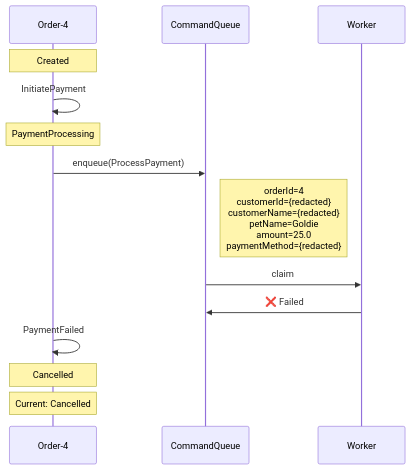
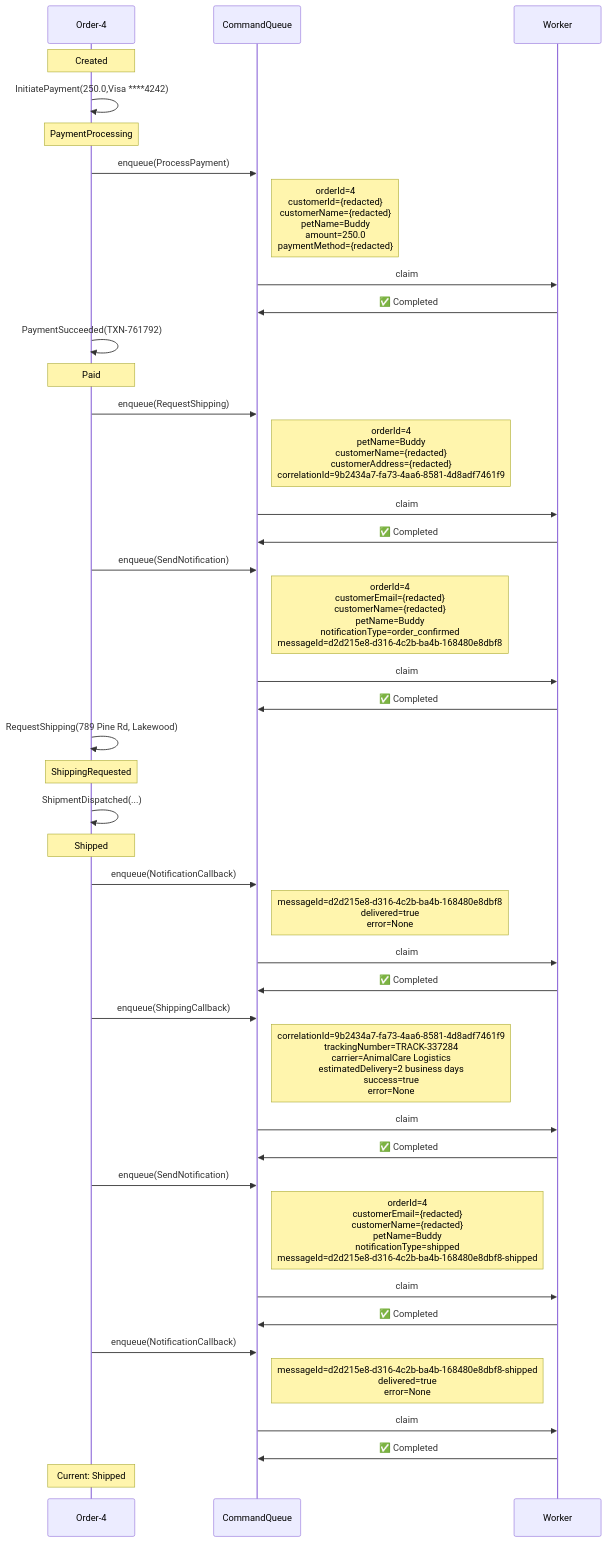
The first of 3 diagrams in docs/visualizations/order-4-trace.md (Iterable/mechanoid), drawn with Mermaid before and after one commit. The commit also changed other lines of this file and 33 other files, not shown here.

````diff
--- a/docs/visualizations/order-4-trace.md
+++ b/docs/visualizations/order-4-trace.md
@@ -11,18 +11,46 @@
 ```mermaid
 %%{init: {'themeCSS': '.noteText { text-align: left !important; }'}}%%
 sequenceDiagram
     participant FSM as Order-4
     participant CQ as CommandQueue
     participant W as Worker
 
     Note over FSM: Created
-    FSM->>FSM: InitiatePayment
+    FSM->>FSM: InitiatePayment(250.0,Visa ****4242)
     Note over FSM: PaymentProcessing
     FSM->>CQ: enqueue(ProcessPayment)
-    Note right of CQ: orderId=4<br/>customerId={redacted}<br/>customerName={redacted}<br/>petName=Goldie<br/>amount=25.0<br/>paymentMethod={redacted}
+    Note right of CQ: orderId=4<br/>customerId={redacted}<br/>customerName={redacted}<br/>petName=Buddy<br/>amount=250.0<br/>paymentMethod={redacted}
     CQ->>W: claim
-    W->>CQ: ❌ Failed
-    FSM->>FSM: PaymentFailed
-    Note over FSM: Cancelled
-    Note over FSM: Current: Cancelled
+    W->>CQ: ✅ Completed
+    FSM->>FSM: PaymentSucceeded(TXN-761792)
+    Note over FSM: Paid
+    FSM->>CQ: enqueue(RequestShipping)
+    Note right of CQ: orderId=4<br/>petName=Buddy<br/>customerName={redacted}<br/>customerAddress={redacted}<br/>correlationId=9b2434a7-fa73-4aa6-8581-4d8adf7461f9
+    CQ->>W: claim
+    W->>CQ: ✅ Completed
+    FSM->>CQ: enqueue(SendNotification)
+    Note right of CQ: orderId=4<br/>customerEmail={redacted}<br/>customerName={redacted}<br/>petName=Buddy<br/>notificationType=order_confirmed<br/>messageId=d2d215e8-d316-4c2b-ba4b-168480e8dbf8
+    CQ->>W: claim
+    W->>CQ: ✅ Completed
+    FSM->>FSM: RequestShipping(789 Pine Rd, Lakewood)
+    Note over FSM: ShippingRequested
+    FSM->>FSM: ShipmentDispatched(...)
+    Note over FSM: Shipped
+    FSM->>CQ: enqueue(NotificationCallback)
+    Note right of CQ: messageId=d2d215e8-d316-4c2b-ba4b-168480e8dbf8<br/>delivered=true<br/>error=None
+    CQ->>W: claim
+    W->>CQ: ✅ Completed
+    FSM->>CQ: enqueue(ShippingCallback)
+    Note right of CQ: correlationId=9b2434a7-fa73-4aa6-8581-4d8adf7461f9<br/>trackingNumber=TRACK-337284<br/>carrier=AnimalCare Logistics<br/>estimatedDelivery=2 business days<br/>success=true<br/>error=None
+    CQ->>W: claim
+    W->>CQ: ✅ Completed
+    FSM->>CQ: enqueue(SendNotification)
+    Note right of CQ: orderId=4<br/>customerEmail={redacted}<br/>customerName={redacted}<br/>petName=Buddy<br/>notificationType=shipped<br/>messageId=d2d215e8-d316-4c2b-ba4b-168480e8dbf8-shipped
+    CQ->>W: claim
+    W->>CQ: ✅ Completed
+    FSM->>CQ: enqueue(NotificationCallback)
+    Note right of CQ: messageId=d2d215e8-d316-4c2b-ba4b-168480e8dbf8-shipped<br/>delivered=true<br/>error=None
+    CQ->>W: claim
+    W->>CQ: ✅ Completed
+    Note over FSM: Current: Shipped
 ```
````
